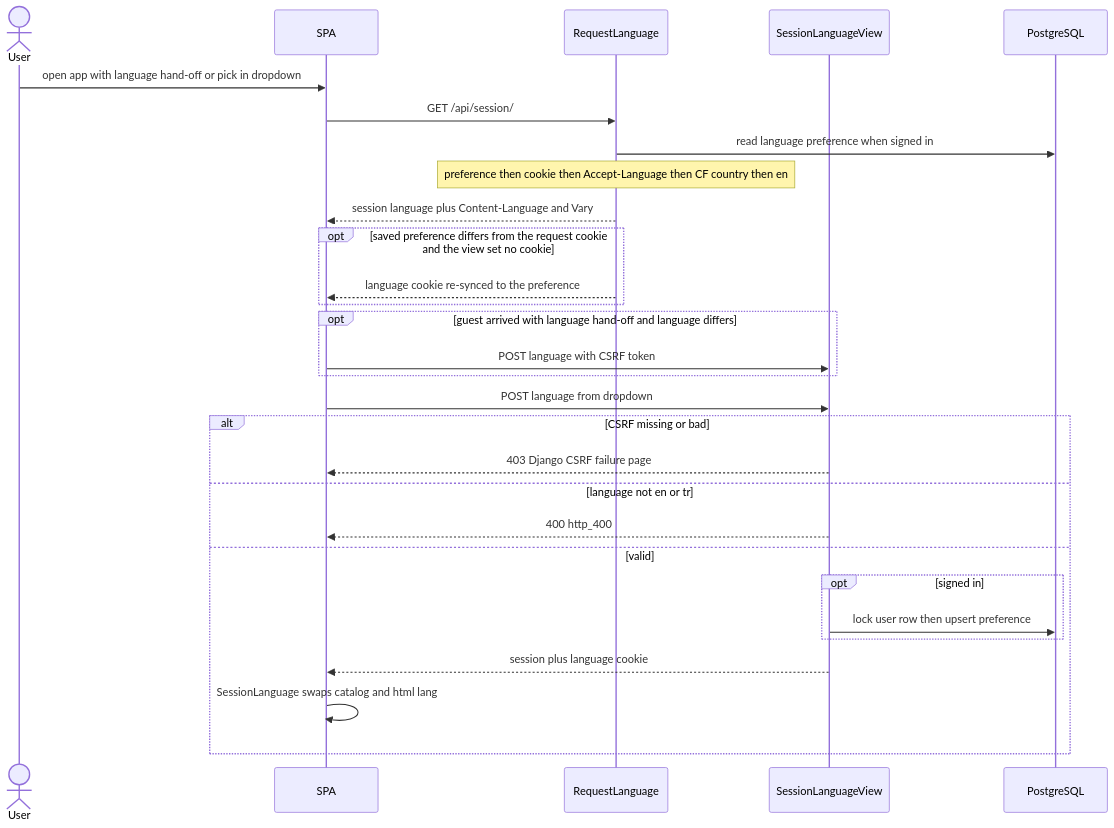
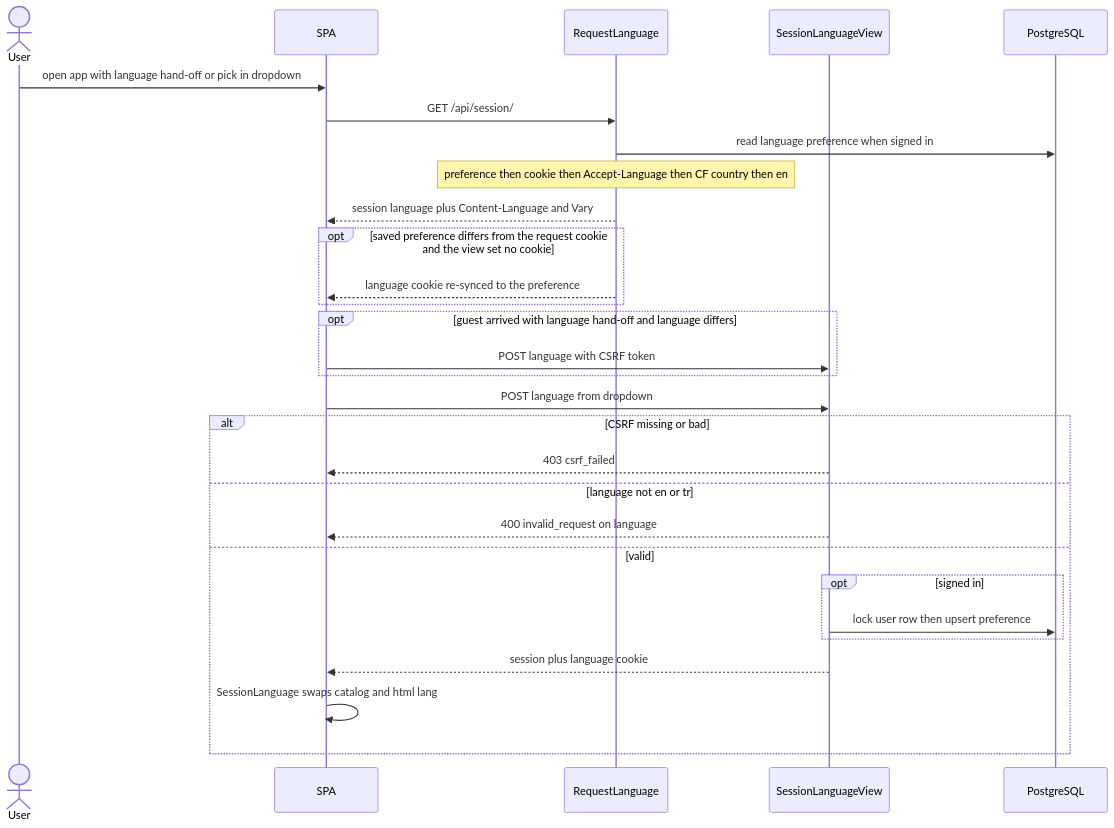
Before and after one commit to erkurtharun/pyracast: the diagram in docs/flows/i18n-and-language.md, drawn with Mermaid. The commit also changed other lines of this file and 11 other files, not shown here.

First line of the commit message:
Bring the cross-cutting flow pages in line with the code

````diff
--- a/docs/flows/i18n-and-language.md
+++ b/docs/flows/i18n-and-language.md
@@ -18,31 +18,31 @@
 ```mermaid
 sequenceDiagram
     actor U as User
     participant S as SPA
     participant M as RequestLanguage
     participant V as SessionLanguageView
     participant DB as PostgreSQL
     U->>S: open app with language hand-off or pick in dropdown
     S->>M: GET /api/session/
     M->>DB: read language preference when signed in
     Note over M: preference then cookie then Accept-Language then CF country then en
     M-->>S: session language plus Content-Language and Vary
     opt saved preference differs from the request cookie and the view set no cookie
         M-->>S: language cookie re-synced to the preference
     end
     opt guest arrived with language hand-off and language differs
         S->>V: POST language with CSRF token
     end
     S->>V: POST language from dropdown
     alt CSRF missing or bad
-        V-->>S: 403 Django CSRF failure page
+        V-->>S: 403 csrf_failed
     else language not en or tr
-        V-->>S: 400 http_400
+        V-->>S: 400 invalid_request on language
     else valid
         opt signed in
             V->>DB: lock user row then upsert preference
         end
         V-->>S: session plus language cookie
         S->>S: SessionLanguage swaps catalog and html lang
     end
 ```
````
